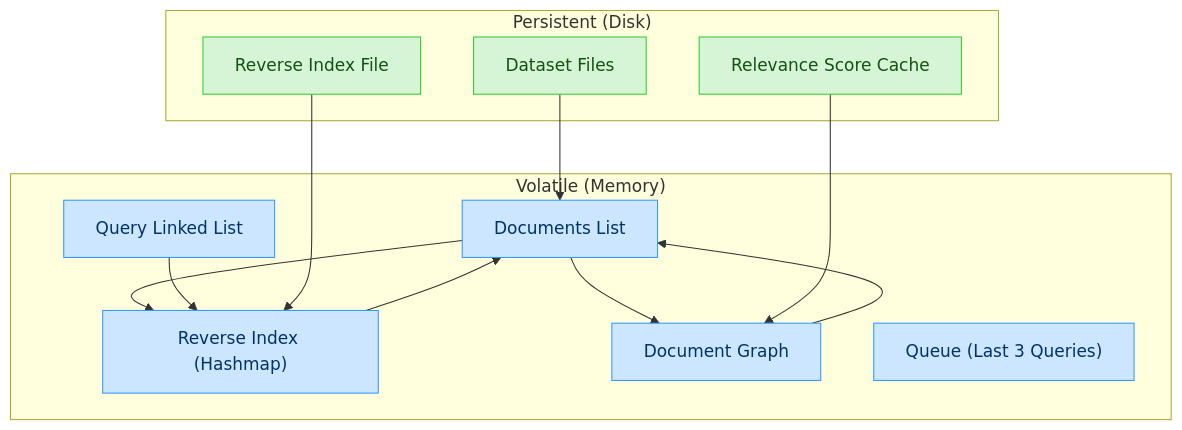
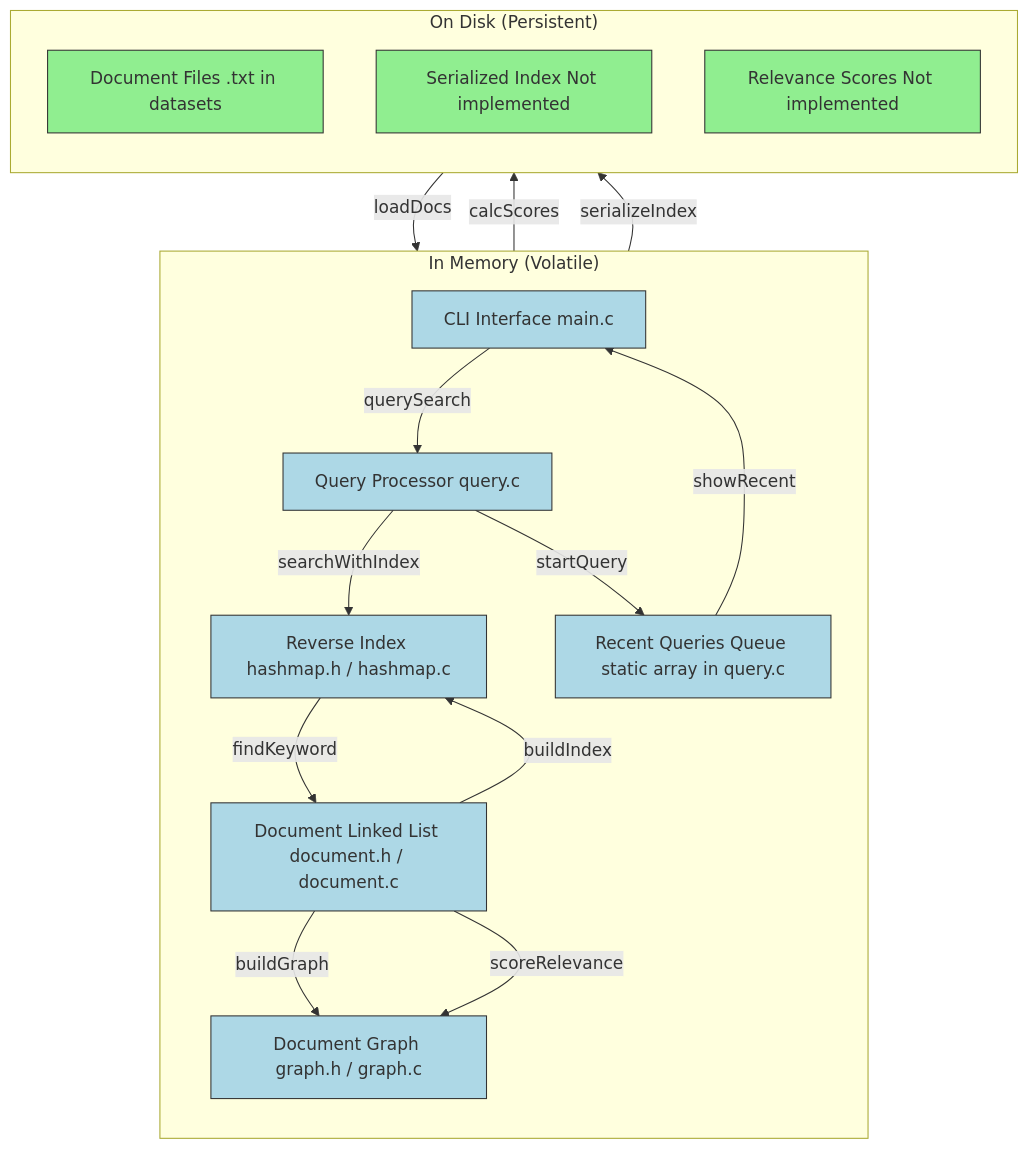
One commit to martigallego/edaii-2025-P201-31 changed the diagram in REPORT.md. Above: the diagram before and after it, drawn with Mermaid. The commit also changed other lines of this file, not shown here.

Commit message:
report avançar

````diff
--- a/REPORT.md
+++ b/REPORT.md
@@ -9,35 +9,52 @@
 ```mermaid
-flowchart TD
-    %% Volatile (Memory) - blue
-    classDef volatile fill:#cce6ff,stroke:#3399ff,color:#003366;
-    %% Persistent (Disk) - green
-    classDef persistent fill:#d6f5d6,stroke:#33cc33,color:#145214;
-
-    subgraph Volatile_Memory["Volatile (Memory)"]
-        DocumentsList["Documents List"]
-        ReverseIndex["Reverse Index (Hashmap)"]
-        QueryList["Query Linked List"]
-        DocumentGraph["Document Graph"]
-        RecentQueries["Queue (Last 3 Queries)"]
+graph TD
+    %%──────────────────────────────────────
+    %% 1) In-Memory (Volatile) subgraph (light blue)
+    %%──────────────────────────────────────
+    subgraph InMemory["In Memory (Volatile)"]
+        direction TB
+        CLI["CLI Interface main.c"]
+        Query["Query Processor query.c"]
+        DocumentList["Document Linked List document.h / document.c"]
+        HashMap["Reverse Index hashmap.h / hashmap.c"]
+        Graph["Document Graph graph.h / graph.c"]
+        RecentQueries["Recent Queries Queue static array in query.c"]
     end
 
-    subgraph Persistent_Storage["Persistent (Disk)"]
-        DatasetFiles["Dataset Files"]
-        ReverseIndexFile["Reverse Index File"]
-        RelevanceCache["Relevance Score Cache"]
+    %%──────────────────────────────────────
+    %% 2) On-Disk (Persistent) subgraph (light green)
+    %%──────────────────────────────────────
+    subgraph Persistent["On Disk (Persistent)"]
+        direction TB
+        DocumentFiles["Document Files .txt in datasets"]
+        IndexCache["Serialized Index Not implemented"]
+        ScoresCache["Relevance Scores Not implemented"]
     end
 
-    %% Relations
-    DatasetFiles --> DocumentsList
-    DocumentsList --> ReverseIndex
-    DocumentsList --> DocumentGraph
-    QueryList --> ReverseIndex
-    ReverseIndex --> DocumentsList
-    DocumentGraph --> DocumentsList
-    ReverseIndexFile --> ReverseIndex
-    RelevanceCache --> DocumentGraph
+    %%──────────────────────────────────────
+    %% 3) Data-flow arrows (labels simplified to avoid parse errors)
+    %%──────────────────────────────────────
+    DocumentFiles -->|"loadDocs"| DocumentList
+    DocumentList -->|"buildIndex"| HashMap
+    DocumentList -->|"buildGraph"| Graph
 
-    %% Apply styles
-    class DocumentsList,ReverseIndex,QueryList,DocumentGraph,RecentQueries volatile;
-    class DatasetFiles,ReverseIndexFile,RelevanceCache persistent;
+    CLI -->|"querySearch"| Query
+    Query -->|"startQuery"| RecentQueries
+    Query -->|"searchWithIndex"| HashMap
+    HashMap -->|"findKeyword"| DocumentList
+    DocumentList -->|"scoreRelevance"| Graph
+    Graph -->|"calcScores"| ScoresCache
+    HashMap -->|"serializeIndex"| IndexCache
+    RecentQueries -->|"showRecent"| CLI
+
+    %%──────────────────────────────────────
+    %% 4) Class definitions + assignments
+    %%──────────────────────────────────────
+    classDef volatile fill:#ADD8E6,stroke:#333;
+    classDef persistent fill:#90EE90,stroke:#333;
+
+    class CLI,Query,DocumentList,HashMap,Graph,RecentQueries volatile;
+    class DocumentFiles,IndexCache,ScoresCache persistent;
+
+
 ```
````
